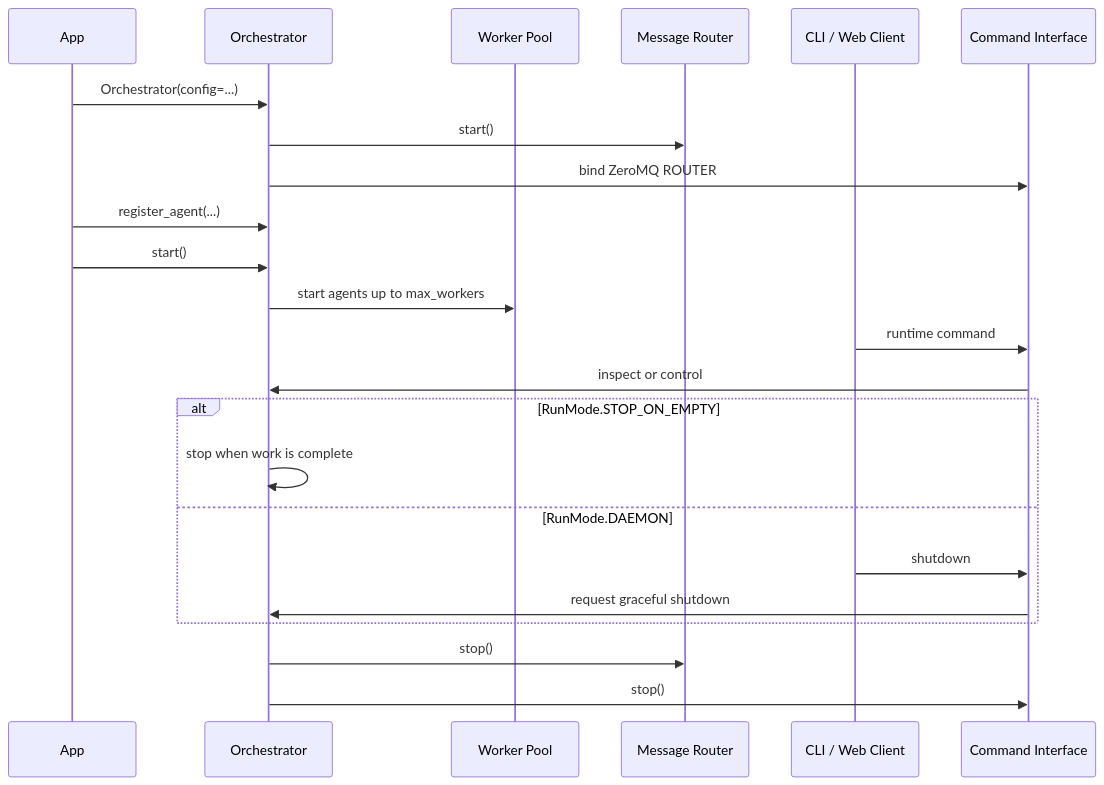
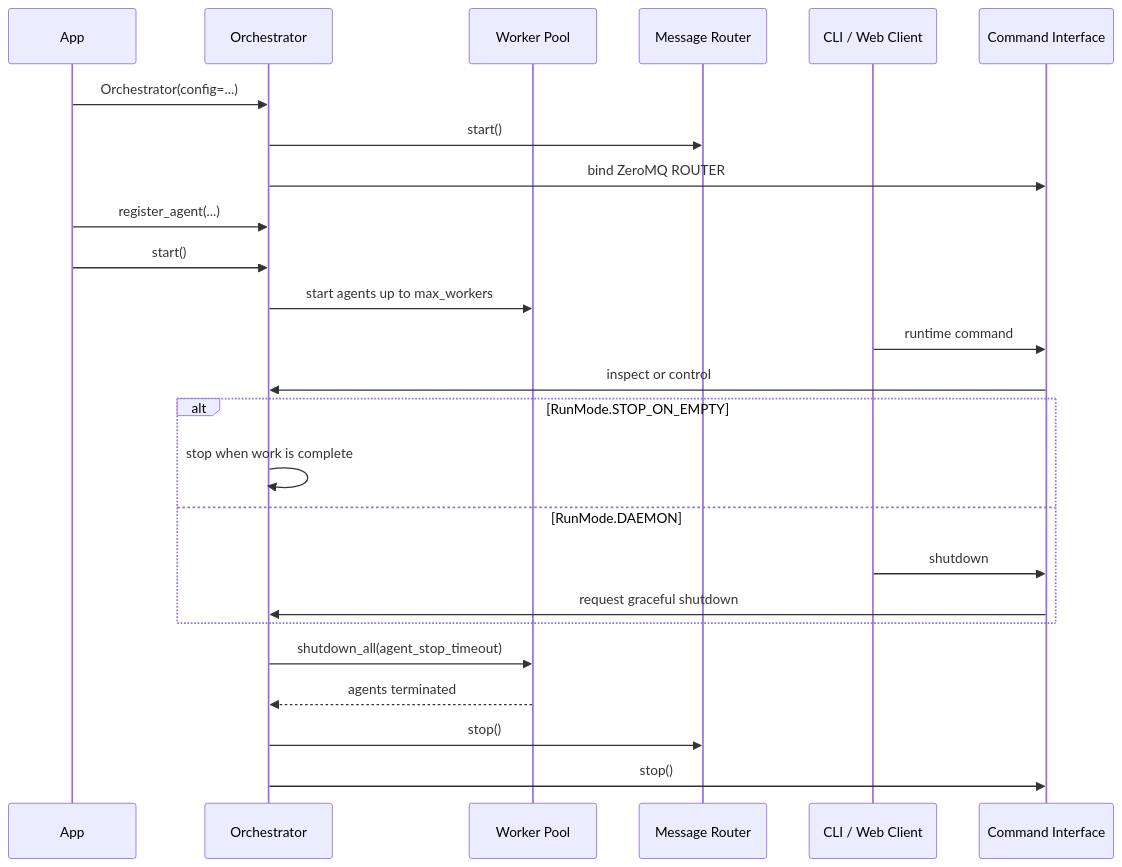
Before and after one commit to giulio333/PyOrchestrate: the diagram in docs/learn/orchestrator/built-in-orchestrator/baseorchestrator.mdx, drawn with Mermaid. The commit also changed other lines of this file and 9 other files, not shown here.

````diff
--- a/docs/learn/orchestrator/built-in-orchestrator/baseorchestrator.mdx
+++ b/docs/learn/orchestrator/built-in-orchestrator/baseorchestrator.mdx
@@ -13,28 +13,30 @@
 ```mermaid
 sequenceDiagram
     participant App
     participant Orchestrator
     participant Workers as Worker Pool
     participant Router as Message Router
     participant CLI as CLI / Web Client
     participant Commands as Command Interface
 
     App->>Orchestrator: Orchestrator(config=...)
     Orchestrator->>Router: start()
     Orchestrator->>Commands: bind ZeroMQ ROUTER
     App->>Orchestrator: register_agent(...)
     App->>Orchestrator: start()
     Orchestrator->>Workers: start agents up to max_workers
     CLI->>Commands: runtime command
     Commands->>Orchestrator: inspect or control
 
     alt RunMode.STOP_ON_EMPTY
         Orchestrator->>Orchestrator: stop when work is complete
     else RunMode.DAEMON
         CLI->>Commands: shutdown
         Commands->>Orchestrator: request graceful shutdown
     end
 
+    Orchestrator->>Workers: shutdown_all(agent_stop_timeout)
+    Workers-->>Orchestrator: agents terminated
     Orchestrator->>Router: stop()
     Orchestrator->>Commands: stop()
 ```
````
